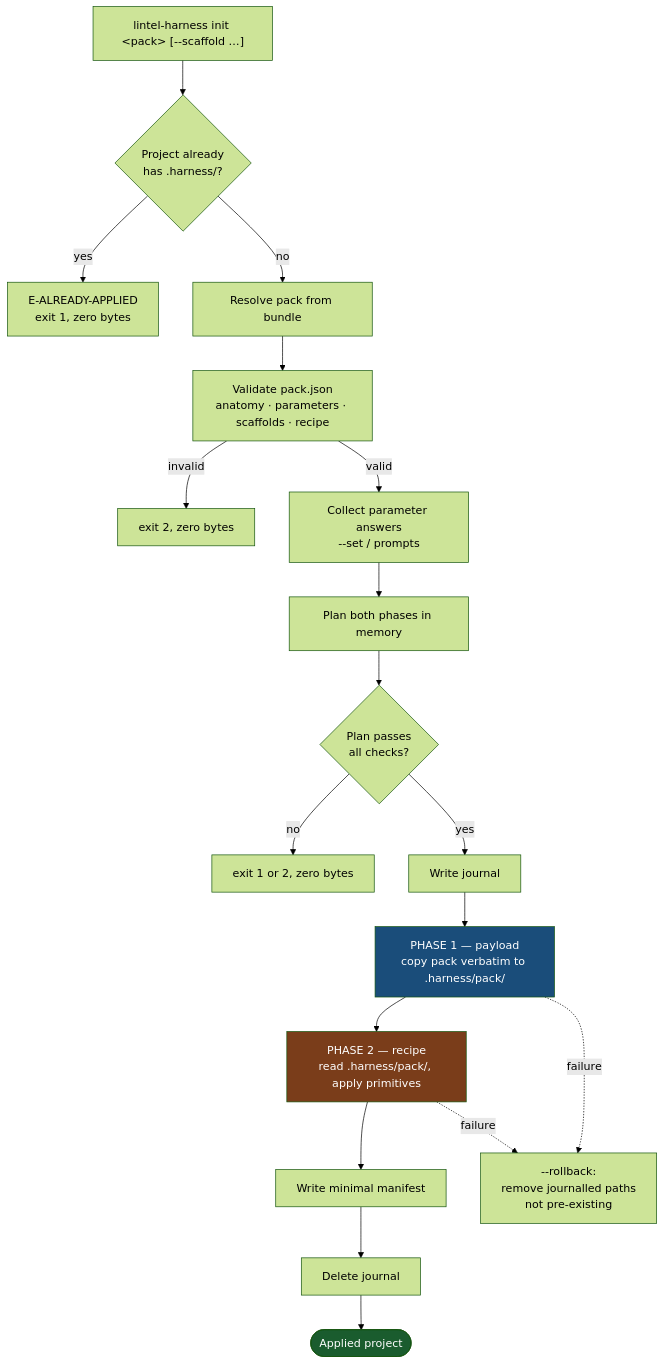
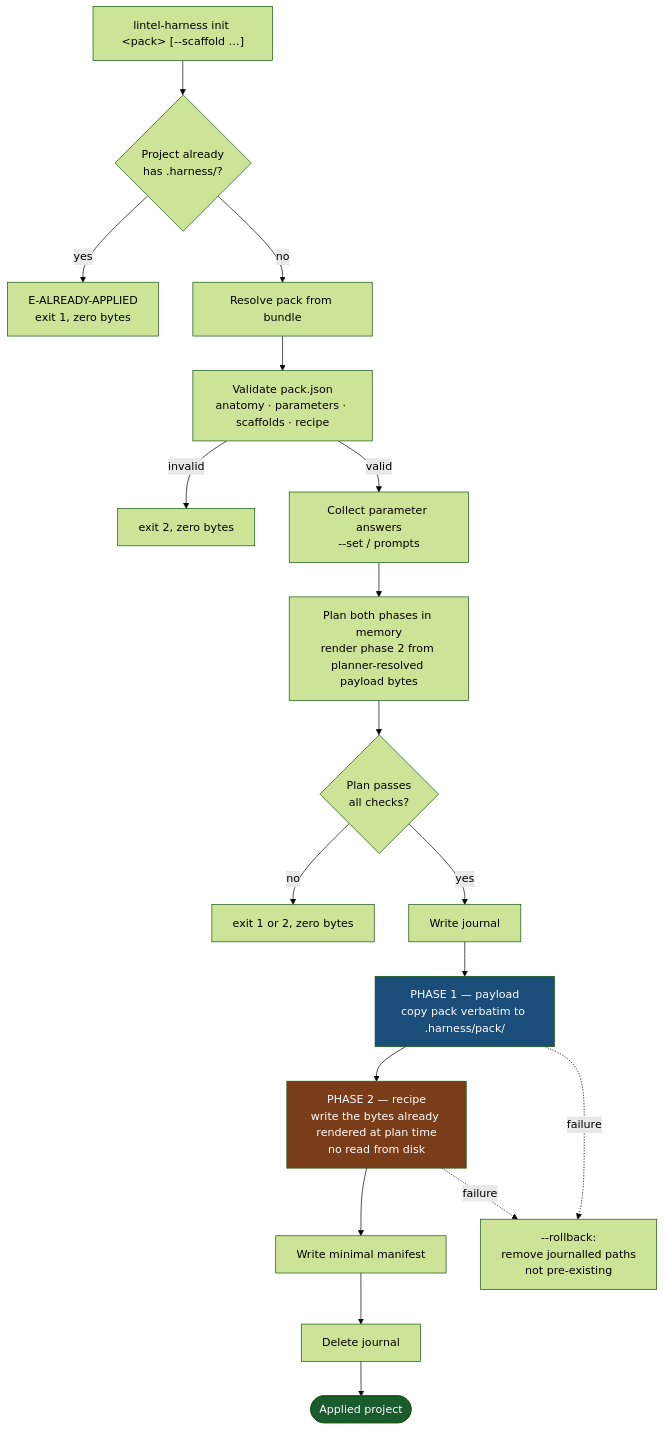
The diagram in specifications/general/pack-application.md (ThomasHoest/lintel-harness), drawn with Mermaid (forest theme) before and after one commit. The commit also changed other lines of this file and 6 other files, not shown here.

````diff
--- a/specifications/general/pack-application.md
+++ b/specifications/general/pack-application.md
@@ -33,26 +69,26 @@
 ```mermaid
 flowchart TD
     A["lintel-harness init &lt;pack&gt; [--scaffold …]"] --> B{Project already<br/>has .harness/?}
     B -- yes --> B1["E-ALREADY-APPLIED<br/>exit 1, zero bytes"]
     B -- no --> C[Resolve pack from bundle]
     C --> D[Validate pack.json<br/>anatomy · parameters · scaffolds · recipe]
     D -- invalid --> D1["exit 2, zero bytes"]
     D -- valid --> E[Collect parameter answers<br/>--set / prompts]
-    E --> F[Plan both phases in memory]
+    E --> F["Plan both phases in memory<br/>render phase 2 from planner-resolved payload bytes"]
     F --> G{Plan passes<br/>all checks?}
     G -- no --> G1["exit 1 or 2, zero bytes"]
     G -- yes --> H[Write journal]
 
     H --> P1["PHASE 1 — payload<br/>copy pack verbatim to .harness/pack/"]
-    P1 --> P2["PHASE 2 — recipe<br/>read .harness/pack/, apply primitives"]
+    P1 --> P2["PHASE 2 — recipe<br/>write the bytes already rendered at plan time<br/>no read from disk"]
     P2 --> M[Write minimal manifest]
     M --> N[Delete journal]
     N --> Z([Applied project])
 
     P1 -. failure .-> R[--rollback:<br/>remove journalled paths<br/>not pre-existing]
     P2 -. failure .-> R
 
     style P1 fill:#1a4d7a,color:#fff
     style P2 fill:#7a3d1a,color:#fff
     style Z fill:#1a5c2e,color:#fff
 ```
````
